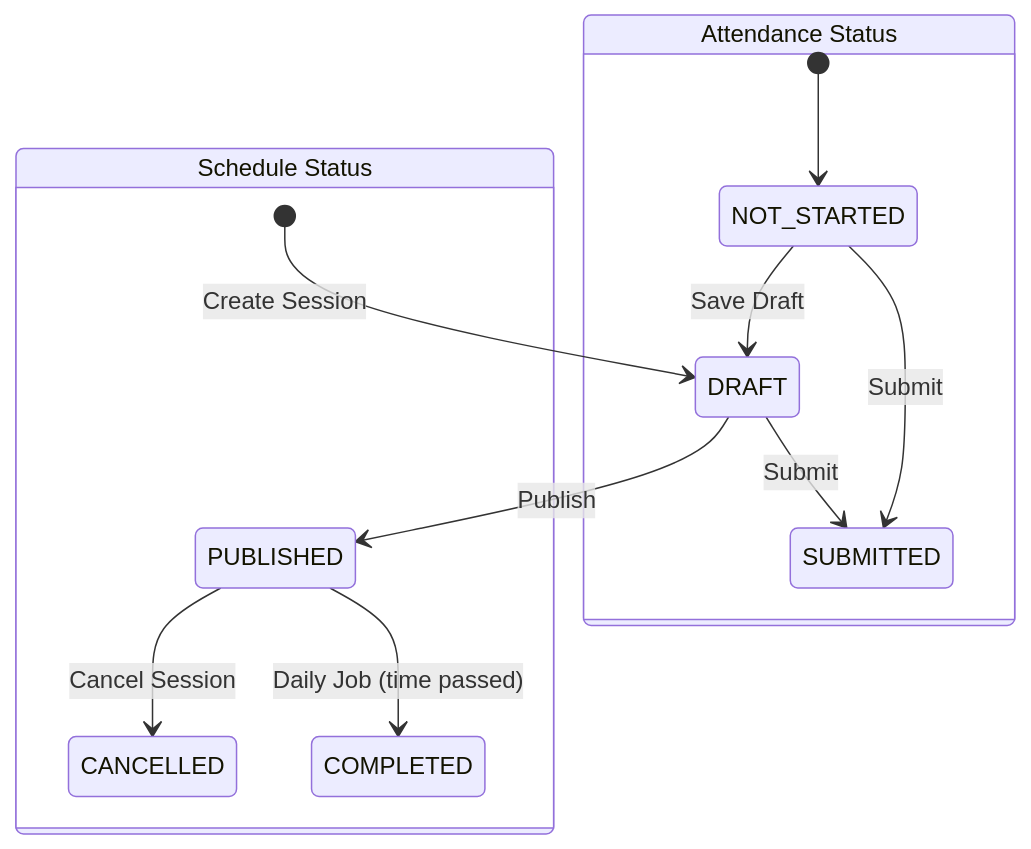
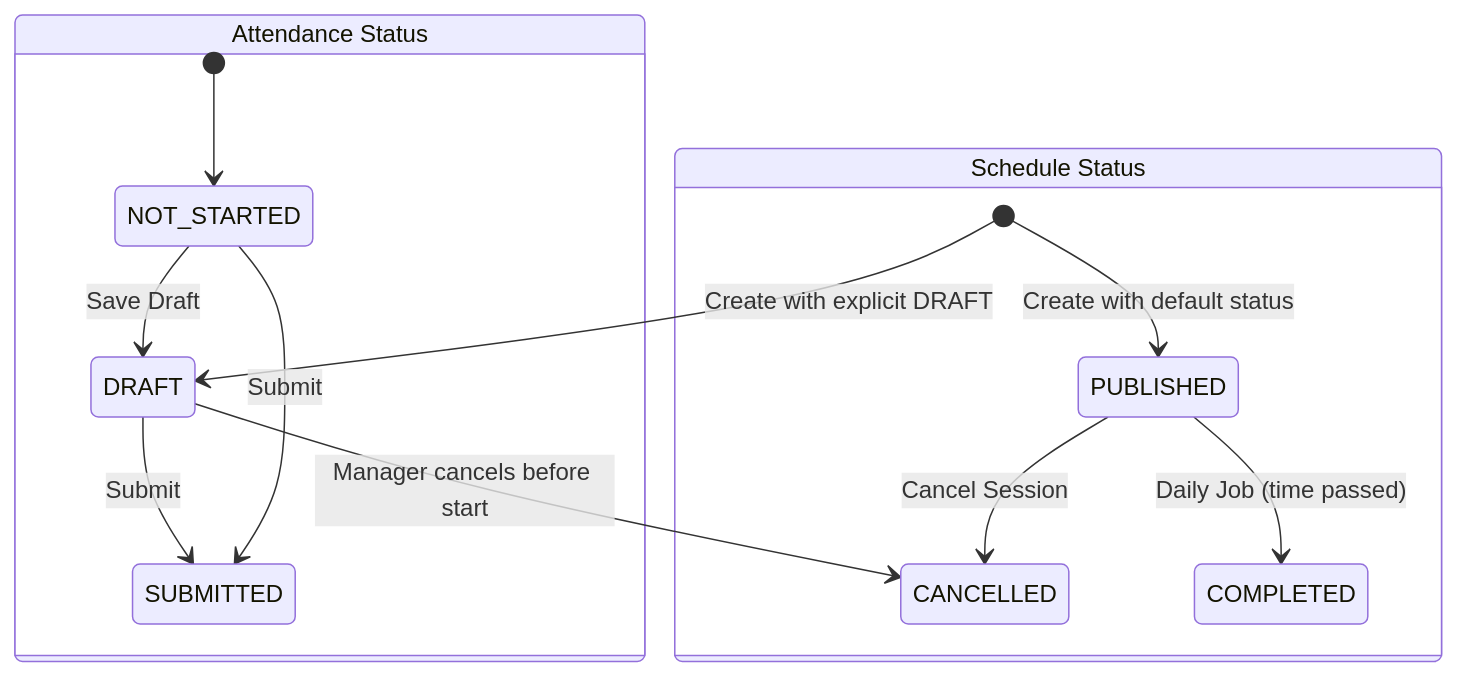
One commit to senko-do-thingz/G3-SportCentreManagement changed the eighth of 10 diagrams in docs/database/09-business-rules-and-state-machines.md. Above: the diagram before and after it, drawn with Mermaid. The commit also changed other lines of this file and 3 other files, not shown here.

Commit message:
docs(catalog): document manager session rules and test cases

````diff
--- a/docs/database/09-business-rules-and-state-machines.md
+++ b/docs/database/09-business-rules-and-state-machines.md
@@ -88,15 +88,16 @@
 ```mermaid
 stateDiagram-v2
     state "Schedule Status" as SS {
-        [*] --> DRAFT : Create Session
-        DRAFT --> PUBLISHED : Publish
+        [*] --> DRAFT : Create with explicit DRAFT
+        [*] --> PUBLISHED : Create with default status
+        DRAFT --> CANCELLED : Manager cancels before start
         PUBLISHED --> CANCELLED : Cancel Session
         PUBLISHED --> COMPLETED : Daily Job (time passed)
     }
     state "Attendance Status" as AS {
         [*] --> NOT_STARTED
         NOT_STARTED --> DRAFT : Save Draft
         DRAFT --> SUBMITTED : Submit
         NOT_STARTED --> SUBMITTED : Submit
     }
 ```
````
